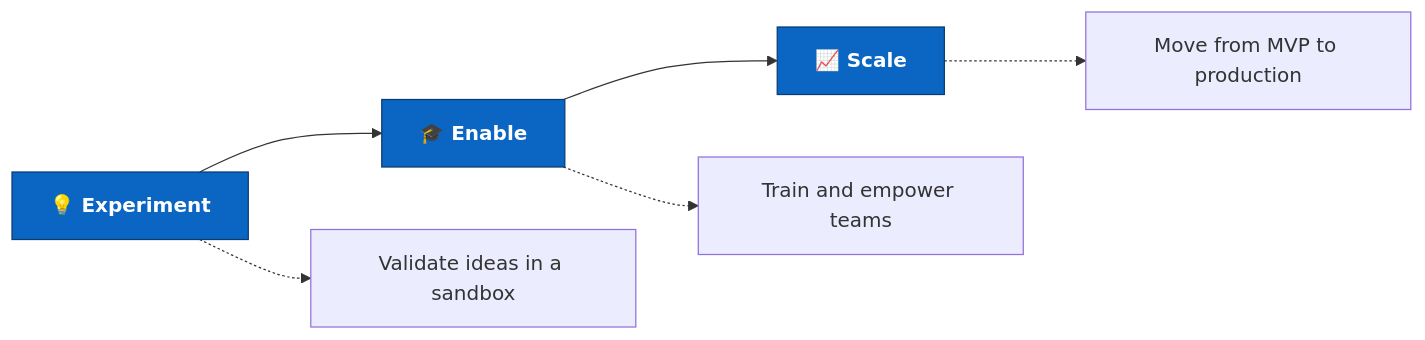
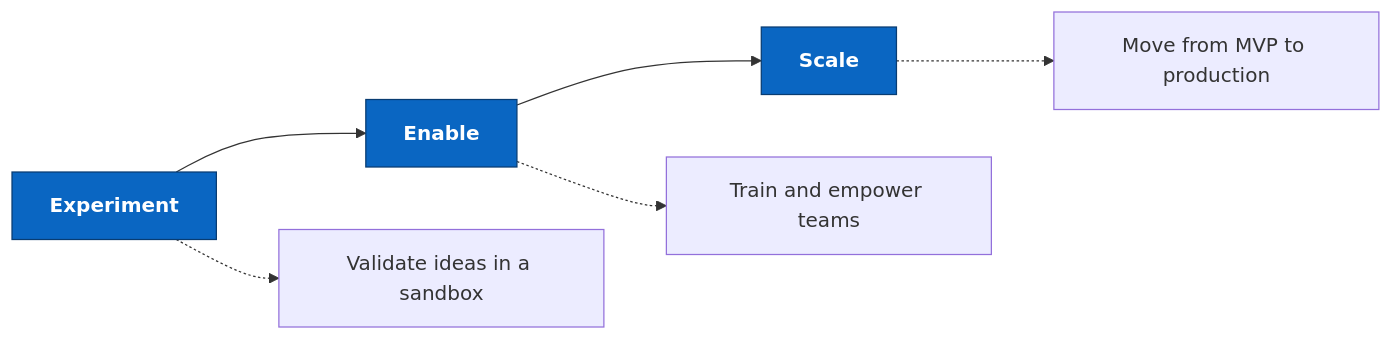
One commit to Cloud2BR/.github changed the second of 2 diagrams in profile/README.md. Above: the diagram before and after it, drawn with Mermaid. The commit also changed other lines of this file, not shown here.

````diff
--- a/profile/README.md
+++ b/profile/README.md
@@ -45,9 +45,9 @@
 ```mermaid
 flowchart LR
-  A[💡 Experiment]:::step --> B[🎓 Enable]:::step --> C[📈 Scale]:::step
+  A[Experiment]:::step --> B[Enable]:::step --> C[Scale]:::step
   A -.-> A1[Validate ideas in a sandbox]
   B -.-> B1[Train and empower teams]
   C -.-> C1[Move from MVP to production]
 
   classDef step fill:#0A66C2,stroke:#083c72,color:#ffffff,font-weight:bold
 ```
````
